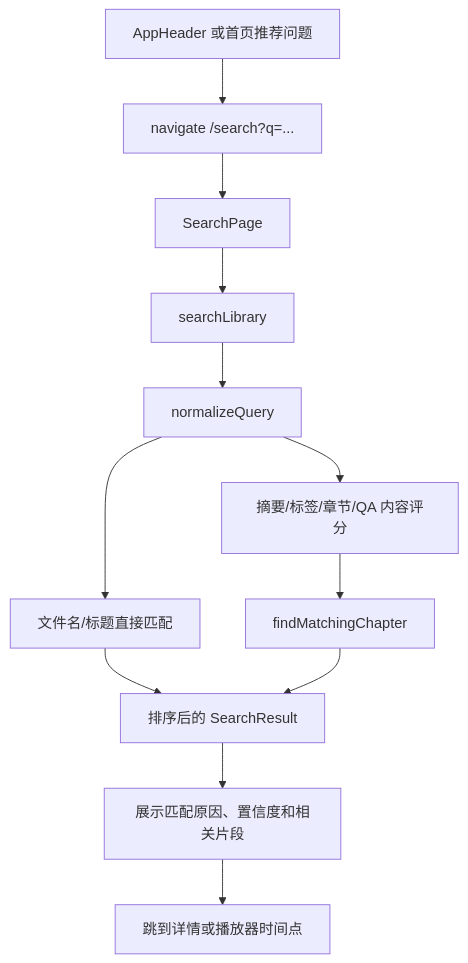
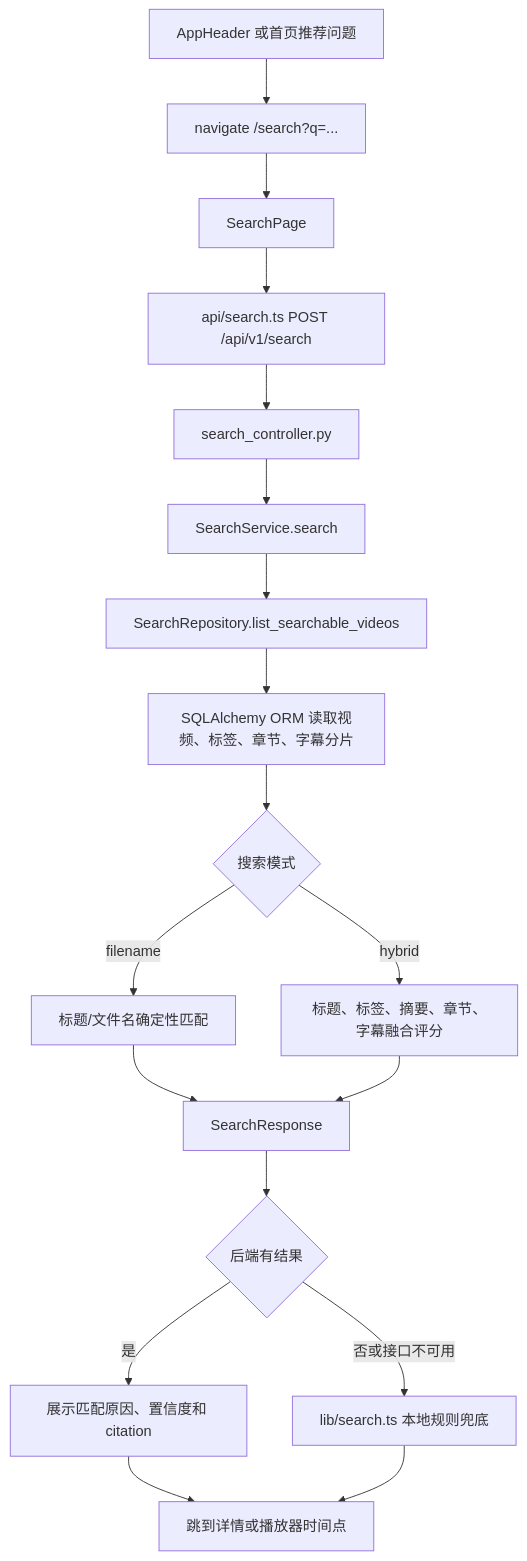
One commit to qwe605/xunlei_ai_video changed the sixth of 21 diagrams in docs/项目说明文档.md. Above: the diagram before and after it, drawn with Mermaid. The commit also changed other lines of this file and 14 other files, not shown here.

````diff
--- a/docs/项目说明文档.md
+++ b/docs/项目说明文档.md
@@ -481,14 +488,20 @@
 ```mermaid
 flowchart TD
     A["AppHeader 或首页推荐问题"] --> B["navigate /search?q=..."]
     B --> C["SearchPage"]
-    C --> D["searchLibrary"]
-    D --> E["normalizeQuery"]
-    E --> F["文件名/标题直接匹配"]
-    E --> G["摘要/标签/章节/QA 内容评分"]
-    G --> H["findMatchingChapter"]
-    F --> I["排序后的 SearchResult"]
-    H --> I
-    I --> J["展示匹配原因、置信度和相关片段"]
-    J --> K["跳到详情或播放器时间点"]
+    C --> D["api/search.ts POST /api/v1/search"]
+    D --> E["search_controller.py"]
+    E --> F["SearchService.search"]
+    F --> G["SearchRepository.list_searchable_videos"]
+    G --> H["SQLAlchemy ORM 读取视频、标签、章节、字幕分片"]
+    H --> I{"搜索模式"}
+    I -->|"filename"| J["标题/文件名确定性匹配"]
+    I -->|"hybrid"| K["标题、标签、摘要、章节、字幕融合评分"]
+    J --> L["SearchResponse"]
+    K --> L
+    L --> M{"后端有结果"}
+    M -->|是| N["展示匹配原因、置信度和 citation"]
+    M -->|否或接口不可用| O["lib/search.ts 本地规则兜底"]
+    N --> P["跳到详情或播放器时间点"]
+    O --> P
 ```
````
